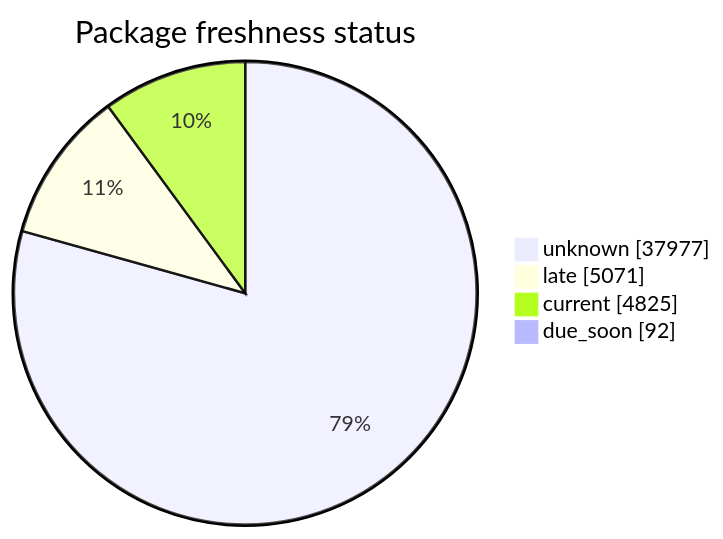
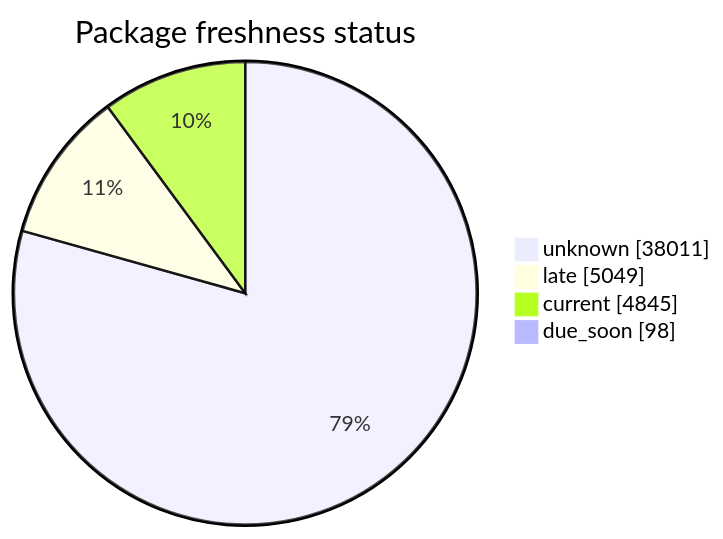
One commit to open-data/analytics-corporate-reporting changed the second of 5 diagrams in FreshCheck/README.md. Above: the diagram before and after it, drawn with Mermaid. The commit also changed other lines of this file and 3 other files, not shown here.

````diff
--- a/FreshCheck/README.md
+++ b/FreshCheck/README.md
@@ -68,7 +68,7 @@
 ```mermaid
 pie showData title Package freshness status
-    "unknown": 37977
-    "late": 5071
-    "current": 4825
-    "due_soon": 92
+    "unknown": 38011
+    "late": 5049
+    "current": 4845
+    "due_soon": 98
 ```
````
